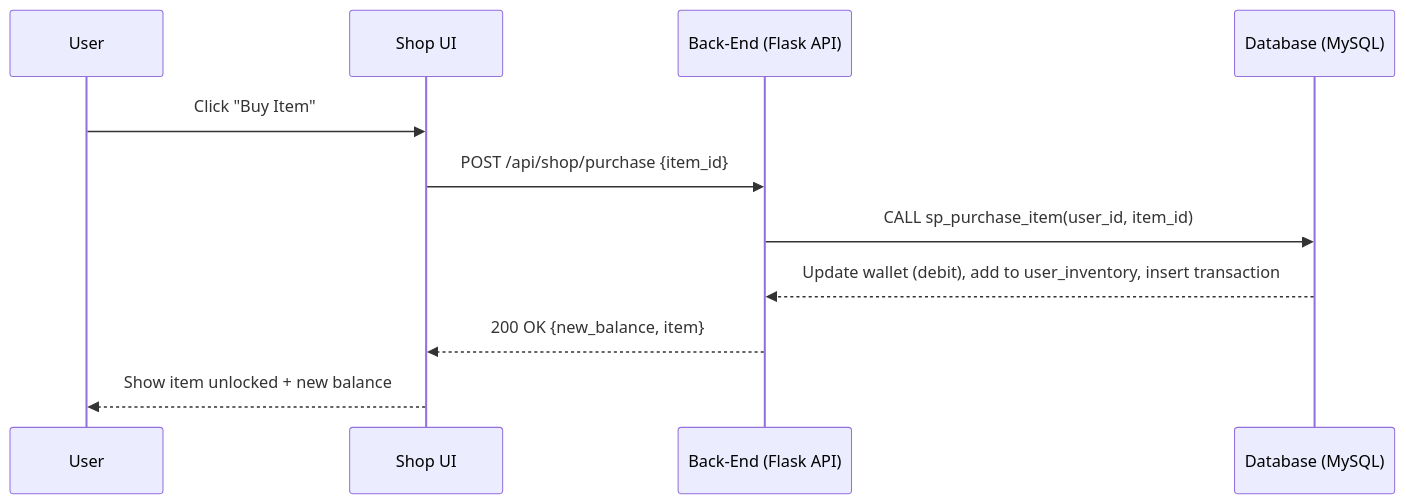
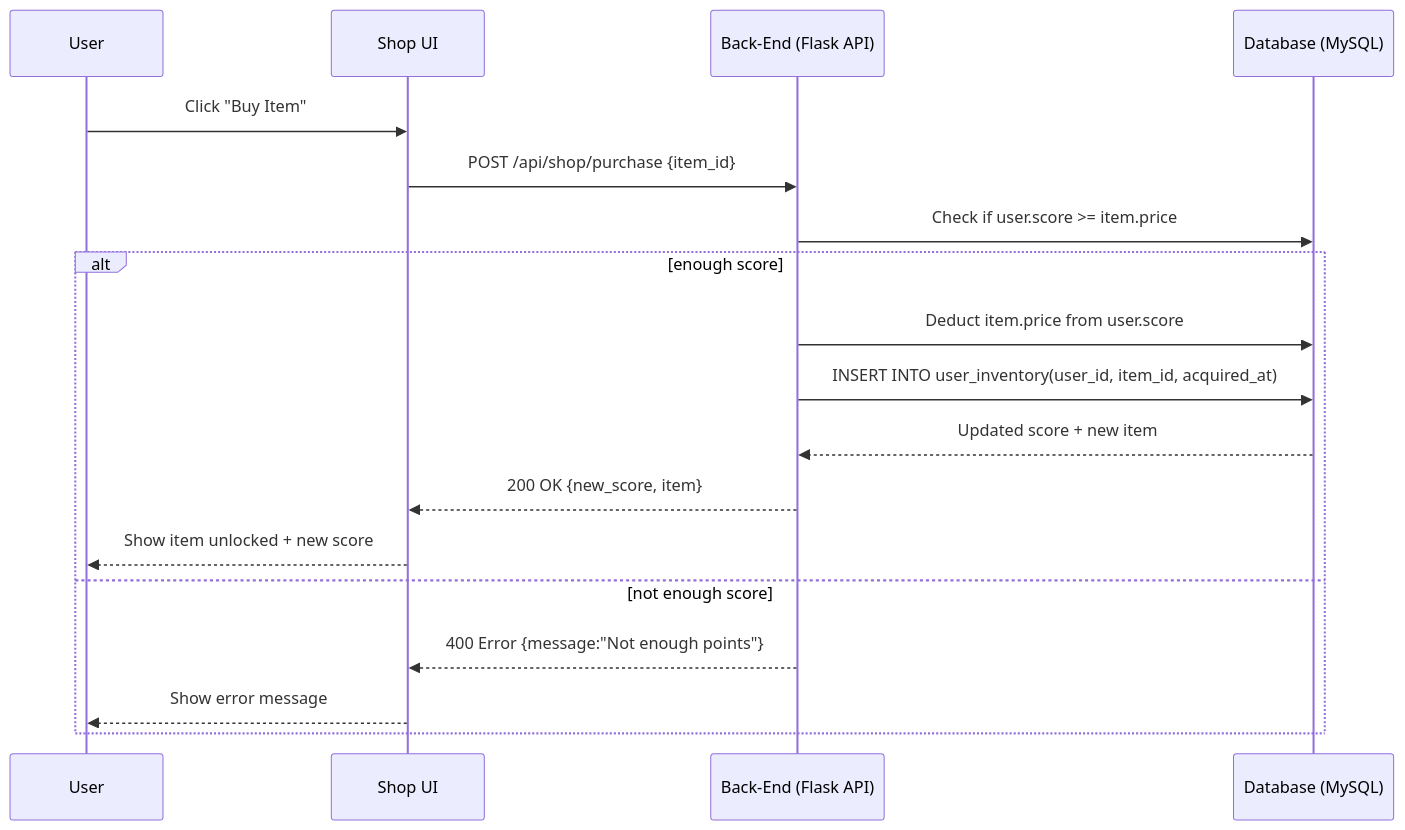
The sixth of 6 diagrams in Documentation/Stage3_Technical Documentation.md (StrawberSam/RecyandCo), drawn with Mermaid before and after one commit. The commit also changed other lines of this file, not shown here.

Commit message:
📝 docs: refactor Stage 3 README to remove wallet and use total_score as currency

````diff
--- a/Documentation/Stage3_Technical Documentation.md
+++ b/Documentation/Stage3_Technical Documentation.md
@@ -285,15 +259,22 @@
 ```mermaid
 sequenceDiagram
   participant U as User
   participant FE as Shop UI
   participant BE as Back-End (Flask API)
   participant DB as Database (MySQL)
 
   U->>FE: Click "Buy Item"
   FE->>BE: POST /api/shop/purchase {item_id}
-  BE->>DB: CALL sp_purchase_item(user_id, item_id)
-  DB-->>BE: Update wallet (debit), add to user_inventory, insert transaction
-  BE-->>FE: 200 OK {new_balance, item}
-  FE-->>U: Show item unlocked + new balance
+  BE->>DB: Check if user.score >= item.price
+  alt enough score
+    BE->>DB: Deduct item.price from user.score
+    BE->>DB: INSERT INTO user_inventory(user_id, item_id, acquired_at)
+    DB-->>BE: Updated score + new item
+    BE-->>FE: 200 OK {new_score, item}
+    FE-->>U: Show item unlocked + new score
+  else not enough score
+    BE-->>FE: 400 Error {message:"Not enough points"}
+    FE-->>U: Show error message
+  end
 
 ```
````
